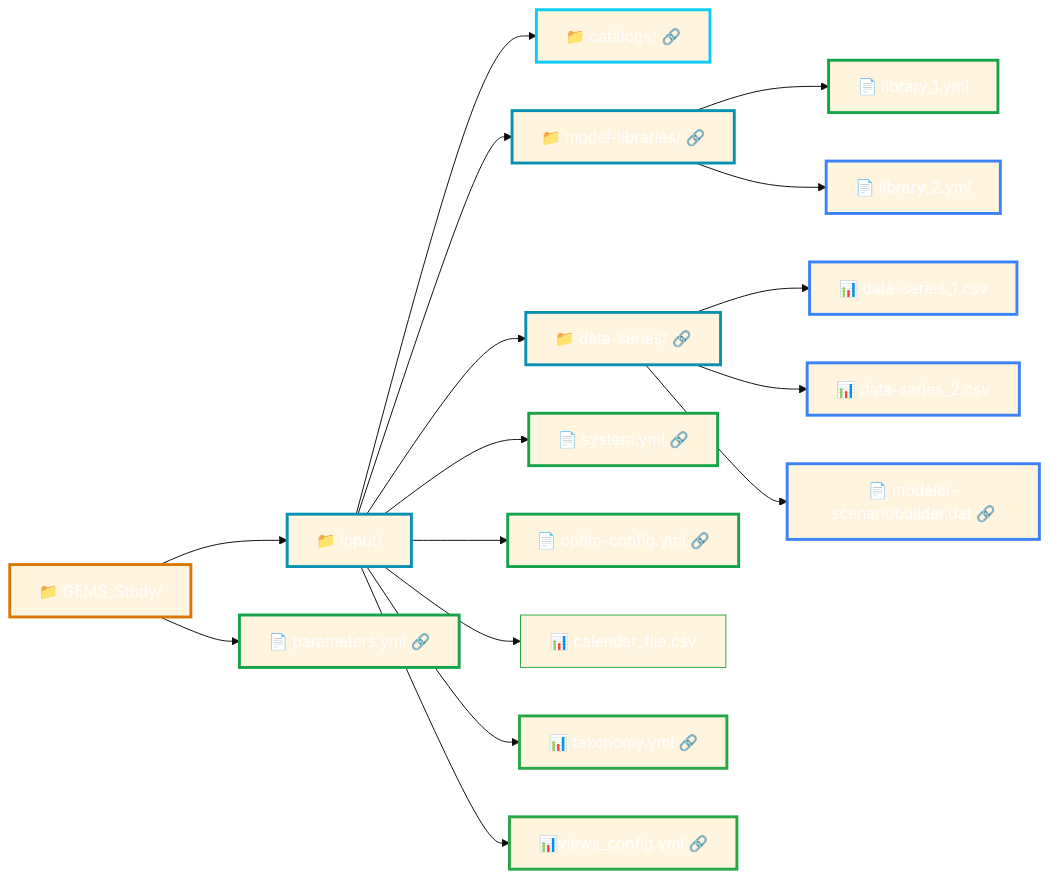
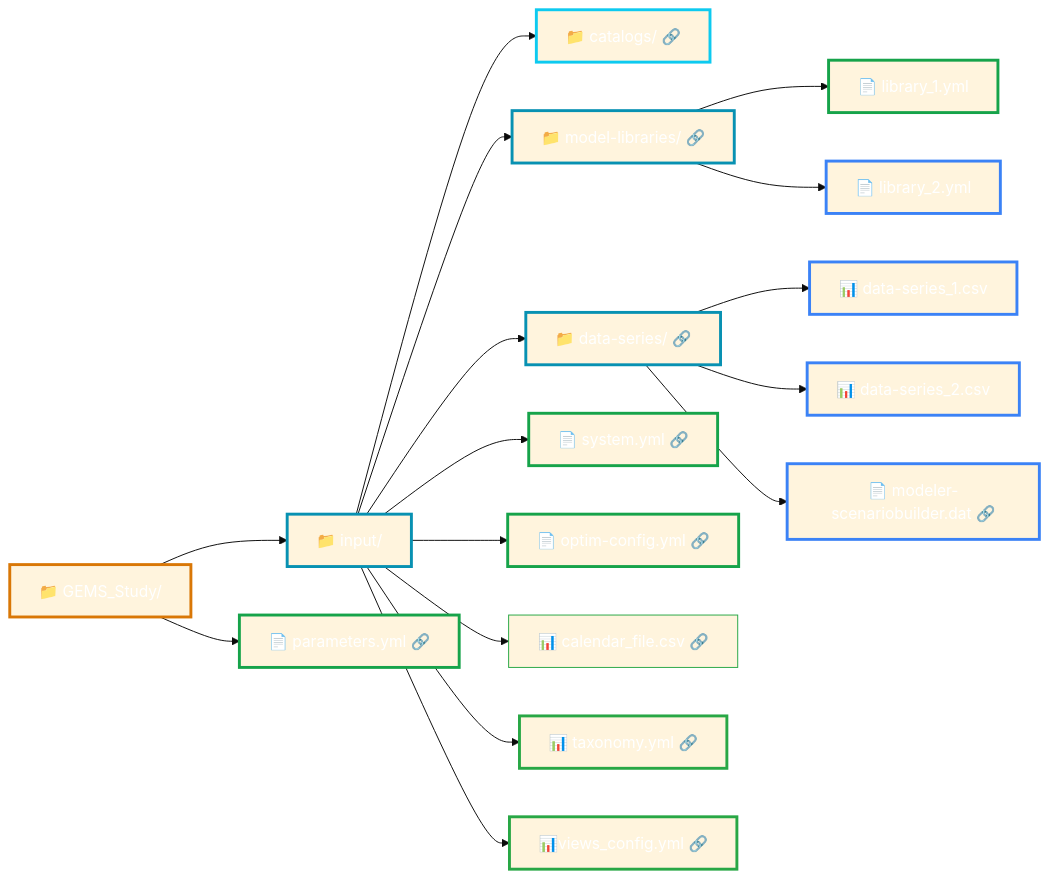
The diagram in doc/user-guide/input-files/overview.md (AntaresSimulatorTeam/GEMS), drawn with Mermaid (base theme) before and after one commit. The commit also changed 5 other files, not shown here.

````diff
--- a/doc/user-guide/input-files/overview.md
+++ b/doc/user-guide/input-files/overview.md
@@ -13,64 +13,65 @@
 ```mermaid
 flowchart LR
     Study["📁 GEMS_Study/"]
     Input["📁 input/"]
     Catalogs["📁 catalogs/ 🔗"]
     ModelLib["📁 model-libraries/ 🔗"]
     DataSeries["📁 data-series/ 🔗"]
     
     System["📄 system.yml 🔗"]
     Params["📄 parameters.yml 🔗"]
     OptimConfig["📄 optim-config.yml 🔗"]
     Lib1["📄 library_1.yml"]
     Lib2["📄 library_2.yml"]
     Data1["📊 data-series_1.csv"]
     Data2["📊 data-series_2.csv"]
     Scenario["📄 modeler-scenariobuilder.dat 🔗"]
-    Calendar["📊 calendar_file.csv"]
+    Calendar["📊 calendar_file.csv 🔗"]
     Taxonomy["📊 taxonomy.yml 🔗"]
     Views_Configuration["📊views_config.yml 🔗"]
     
     Study --> Input
     Study --> Params
     Input --> ModelLib
     Input --> System
     Input --> OptimConfig
     Input --> DataSeries
     Input --> Catalogs
     Input --> Taxonomy
     Input --> Calendar
     Input --> Views_Configuration
     ModelLib --> Lib1
     ModelLib --> Lib2
     DataSeries --> Data1
     DataSeries --> Data2
     DataSeries --> Scenario
     
     style Study stroke:#d97706,stroke-width:3px,color:#ffffff
     style Input stroke:#0891b2,stroke-width:3px,color:#ffffff
     style ModelLib stroke:#0891b2,stroke-width:3px,color:#ffffff
     style DataSeries stroke:#0891b2,stroke-width:3px,color:#ffffff
     style Catalogs stroke:#0dcaf0,stroke-width:3px,color:#ffffff
     style System stroke:#16a34a,stroke-width:3px,color:#ffffff
     style Taxonomy stroke:#28a745,stroke-width:3px,color:#ffffff
     style Views_Configuration stroke:#28a745,stroke-width:3px,color:#ffffff
     style Calendar stroke:#28a745,stroke-width:1px,color:#ffffff
     style Params stroke:#16a34a,stroke-width:3px,color:#ffffff
     style OptimConfig stroke:#16a34a,stroke-width:3px,color:#ffffff
     style Lib1 stroke:#16a34a,stroke-width:3px,color:#ffffff
     style Lib2 stroke:#3b82f6,stroke-width:3px,color:#ffffff
     style Data1 stroke:#3b82f6,stroke-width:3px,color:#ffffff
     style Data2 stroke:#3b82f6,stroke-width:3px,color:#ffffff
     style Scenario stroke:#3b82f6,stroke-width:3px,color:#ffffff
 
     
     click ModelLib "../library/"
     click System "../system/"
     click OptimConfig "../optimization-configuration/"
     click DataSeries "../data-series/"
     click Scenario "../scenario-builder/"
     click Params "../solver-optimization/"
     click Catalogs "../catalog/"
     click Taxonomy "../taxonomy/"
+    click Calendar "../calendar/"
     click Views_Configuration "../views-config/"
 ```
````
